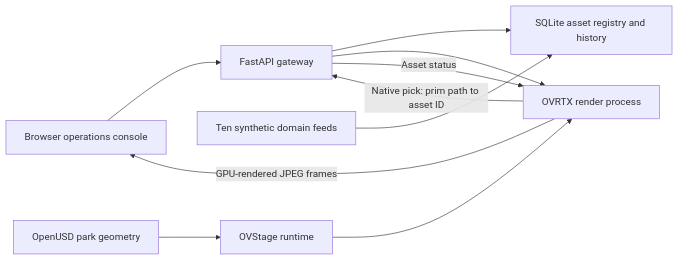
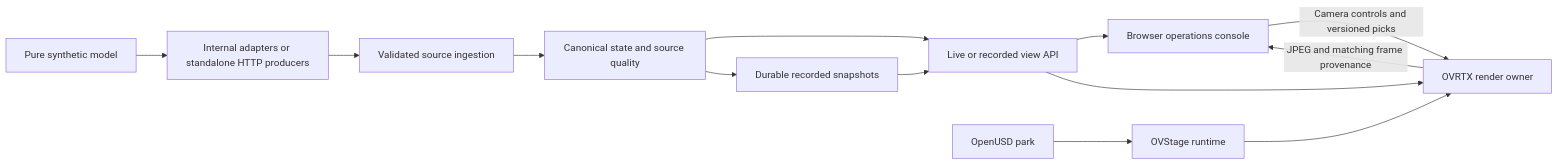
One commit to mvovk911/theme-park-digital-twin changed the diagram in README.md. Above: the diagram before and after it, drawn with Mermaid. The commit also changed other lines of this file and 8 other files, not shown here.

Commit message:
Publish frame status and sampled poses atomically with original render evidence

````diff
--- a/README.md
+++ b/README.md
@@ -32,12 +32,15 @@
 ```mermaid
 flowchart LR
-  UI[Browser operations console] --> API[FastAPI gateway]
-  API --> DB[SQLite asset registry and history]
-  SIM[Ten synthetic domain feeds] --> DB
-  API --> RTX[OVRTX render process]
-  USD[OpenUSD park geometry] --> STAGE[OVStage runtime]
+  MODEL[Pure synthetic model] --> FEEDS[Internal adapters or standalone HTTP producers]
+  FEEDS --> ACCEPT[Validated source ingestion]
+  ACCEPT --> STATE[Canonical state and source quality]
+  STATE --> API[Live or recorded view API]
+  STORE[Durable recorded snapshots] --> API
+  STATE --> STORE
+  API --> UI[Browser operations console]
+  API --> RTX[OVRTX render owner]
+  USD[OpenUSD park] --> STAGE[OVStage runtime]
   STAGE --> RTX
-  RTX -->|GPU-rendered JPEG frames| UI
-  API -->|Asset status| RTX
-  RTX -->|Native pick: prim path to asset ID| API
+  RTX -->|JPEG and matching frame provenance| UI
+  UI -->|Camera controls and versioned picks| RTX
 ```
````
